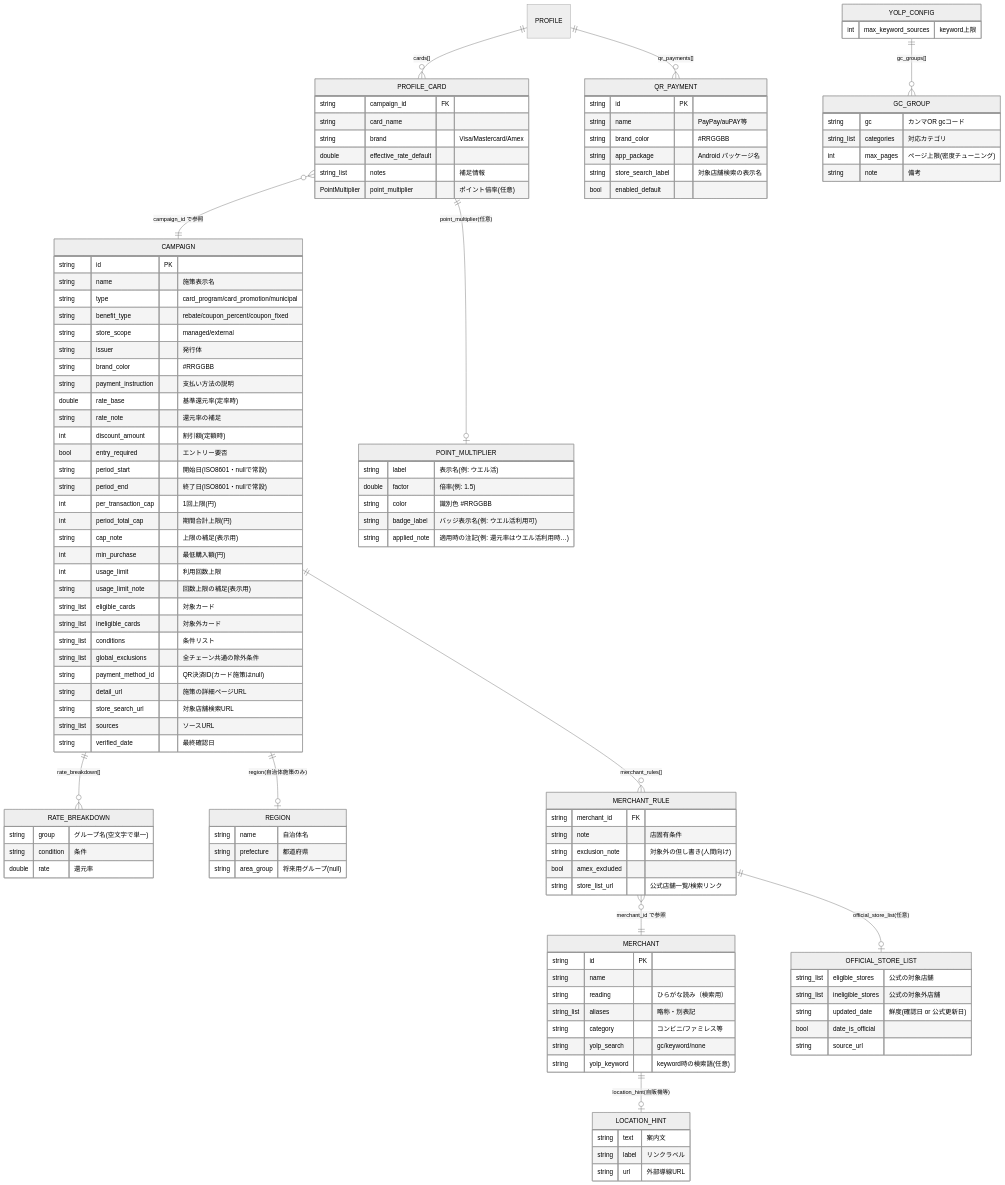
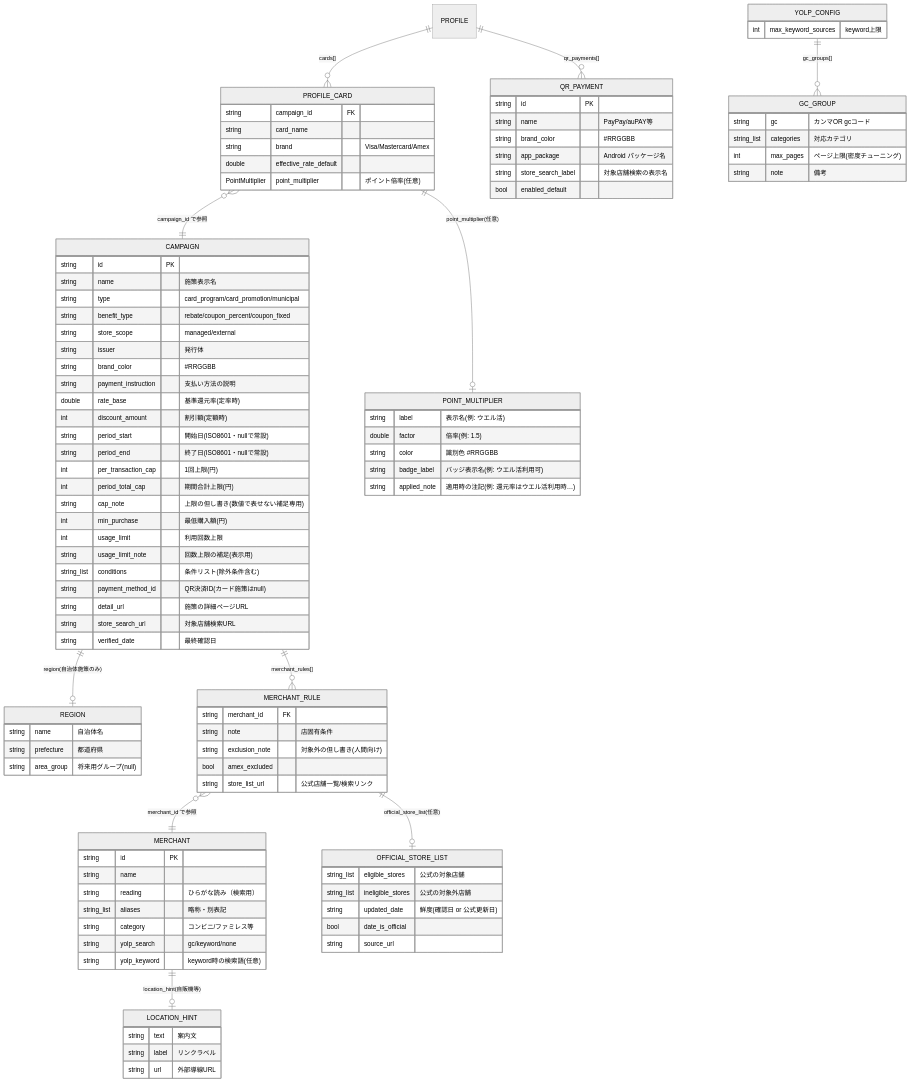
One commit to ktakjm/poikatsu changed the second of 6 diagrams in docs/code-guide.md. Above: the diagram before and after it, drawn with Mermaid (neutral theme). The commit also changed other lines of this file and 9 other files, not shown here.

```diff
--- a/docs/code-guide.md
+++ b/docs/code-guide.md
@@ -153,31 +153,20 @@
         string brand_color "#RRGGBB"
         string payment_instruction "支払い方法の説明"
         double rate_base "基準還元率(定率時)"
-        string rate_note "還元率の補足"
         int discount_amount "割引額(定額時)"
-        bool entry_required "エントリー要否"
         string period_start "開始日(ISO8601・nullで常設)"
         string period_end "終了日(ISO8601・nullで常設)"
         int per_transaction_cap "1回上限(円)"
         int period_total_cap "期間合計上限(円)"
-        string cap_note "上限の補足(表示用)"
+        string cap_note "上限の但し書き(数値で表せない補足専用)"
         int min_purchase "最低購入額(円)"
         int usage_limit "利用回数上限"
         string usage_limit_note "回数上限の補足(表示用)"
-        string_list eligible_cards "対象カード"
-        string_list ineligible_cards "対象外カード"
-        string_list conditions "条件リスト"
-        string_list global_exclusions "全チェーン共通の除外条件"
+        string_list conditions "条件リスト(除外条件含む)"
         string payment_method_id "QR決済ID(カード施策はnull)"
         string detail_url "施策の詳細ページURL"
         string store_search_url "対象店舗検索URL"
-        string_list sources "ソースURL"
         string verified_date "最終確認日"
-    }
-    RATE_BREAKDOWN {
-        string group "グループ名(空文字で単一)"
-        string condition "条件"
-        double rate "還元率"
     }
     REGION {
         string name "自治体名"
@@ -205,7 +194,6 @@
         string card_name
         string brand "Visa/Mastercard/Amex"
         double effective_rate_default
-        string_list notes "補足情報"
         PointMultiplier point_multiplier "ポイント倍率(任意)"
     }
     POINT_MULTIPLIER {
@@ -235,7 +223,6 @@
     PROFILE ||--o{ PROFILE_CARD : "cards[]"
     PROFILE ||--o{ QR_PAYMENT : "qr_payments[]"
     CAMPAIGN ||--o{ MERCHANT_RULE : "merchant_rules[]"
-    CAMPAIGN ||--o{ RATE_BREAKDOWN : "rate_breakdown[]"
     CAMPAIGN ||--o| REGION : "region(自治体施策のみ)"
     MERCHANT ||--o| LOCATION_HINT : "location_hint(自販機等)"
     MERCHANT_RULE }o--|| MERCHANT : "merchant_id で参照"
```
